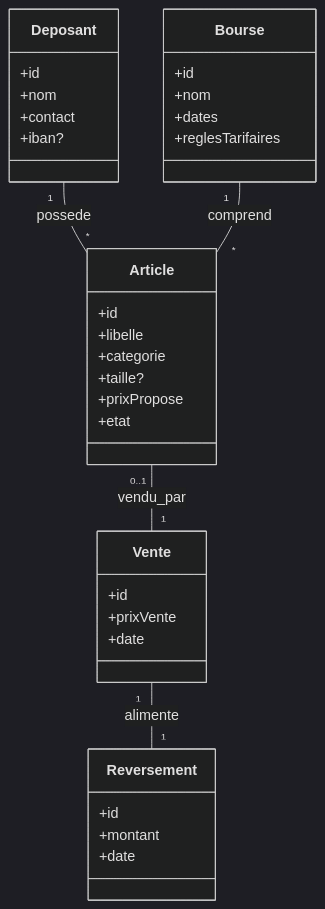
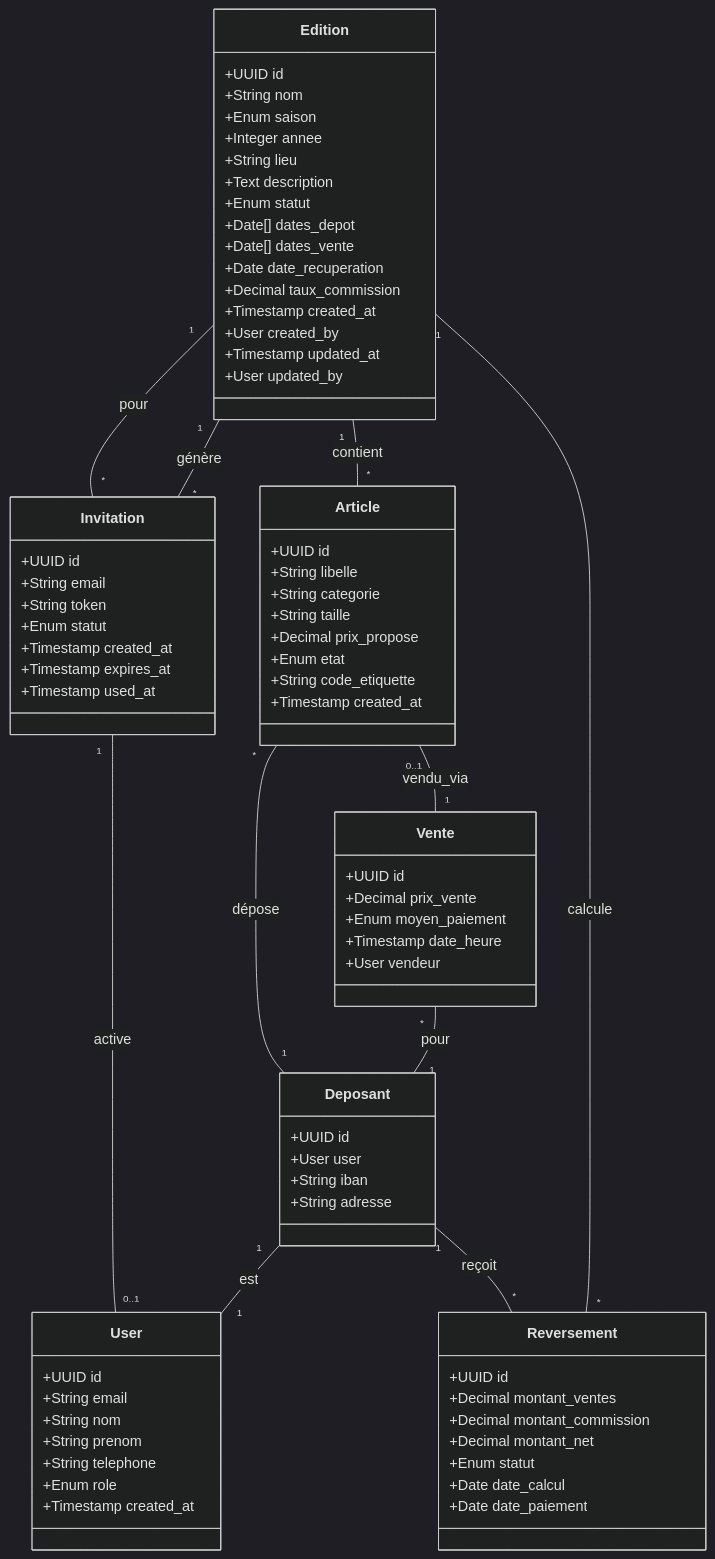
The first of 2 diagrams in docs/domain-model.md (ALPE-Plaisance-du-Touch/Gestionnaire-de-Bourse-ALPE), drawn with Mermaid (dark theme) before and after one commit. The commit also changed other lines of this file and 5 other files, not shown here.

````diff
--- a/docs/domain-model.md
+++ b/docs/domain-model.md
@@ -13,38 +13,92 @@
 ```mermaid
 classDiagram
-  class Bourse {
-    +id
-    +nom
-    +dates
-    +reglesTarifaires
-  }
-  class Deposant {
-    +id
-    +nom
-    +contact
-    +iban?
-  }
-  class Article {
-    +id
-    +libelle
-    +categorie
-    +taille?
-    +prixPropose
-    +etat
-  }
-  class Vente {
-    +id
-    +prixVente
-    +date
-  }
-  class Reversement {
-    +id
-    +montant
-    +date
+  class Edition {
+    +UUID id
+    +String nom
+    +Enum saison
+    +Integer annee
+    +String lieu
+    +Text description
+    +Enum statut
+    +Date[] dates_depot
+    +Date[] dates_vente
+    +Date date_recuperation
+    +Decimal taux_commission
+    +Timestamp created_at
+    +User created_by
+    +Timestamp updated_at
+    +User updated_by
   }
 
-  Deposant "1" -- "*" Article : possede
-  Article "0..1" -- "1" Vente : vendu_par
-  Bourse "1" -- "*" Article : comprend
-  Vente "1" -- "1" Reversement : alimente
+  class User {
+    +UUID id
+    +String email
+    +String nom
+    +String prenom
+    +String telephone
+    +Enum role
+    +Timestamp created_at
+  }
+
+  class Deposant {
+    +UUID id
+    +User user
+    +String iban
+    +String adresse
+  }
+
+  class Article {
+    +UUID id
+    +String libelle
+    +String categorie
+    +String taille
+    +Decimal prix_propose
+    +Enum etat
+    +String code_etiquette
+    +Timestamp created_at
+  }
+
+  class Vente {
+    +UUID id
+    +Decimal prix_vente
+    +Enum moyen_paiement
+    +Timestamp date_heure
+    +User vendeur
+  }
+
+  class Reversement {
+    +UUID id
+    +Decimal montant_ventes
+    +Decimal montant_commission
+    +Decimal montant_net
+    +Enum statut
+    +Date date_calcul
+    +Date date_paiement
+  }
+
+  class Invitation {
+    +UUID id
+    +String email
+    +String token
+    +Enum statut
+    +Timestamp created_at
+    +Timestamp expires_at
+    +Timestamp used_at
+  }
+
+  %% Relations
+  Edition "1" -- "*" Article : contient
+  Edition "1" -- "*" Invitation : génère
+  Edition "1" -- "*" Reversement : calcule
+
+  Deposant "1" -- "*" Article : dépose
+  Deposant "1" -- "1" User : est
+  Deposant "1" -- "*" Reversement : reçoit
+
+  Article "0..1" -- "1" Vente : vendu_via
+
+  Vente "*" -- "1" Deposant : pour
+
+  Invitation "1" -- "0..1" User : active
+  Invitation "*" -- "1" Edition : pour
 ```
````
